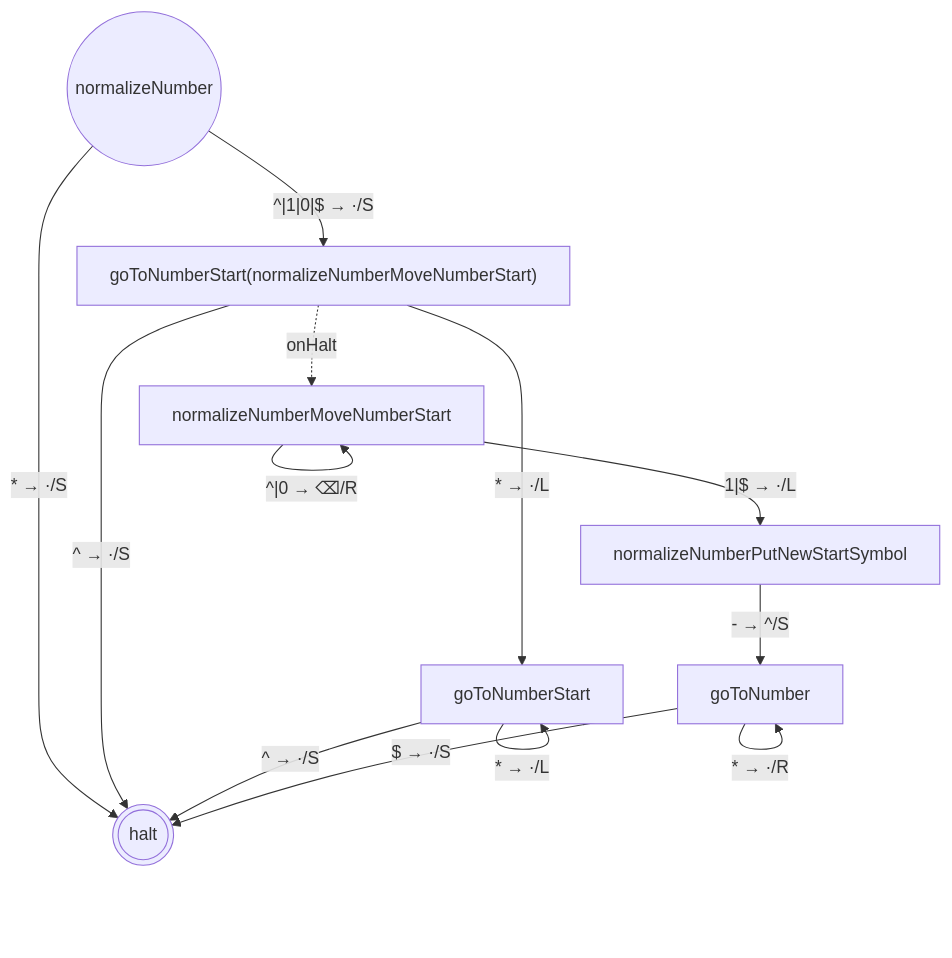
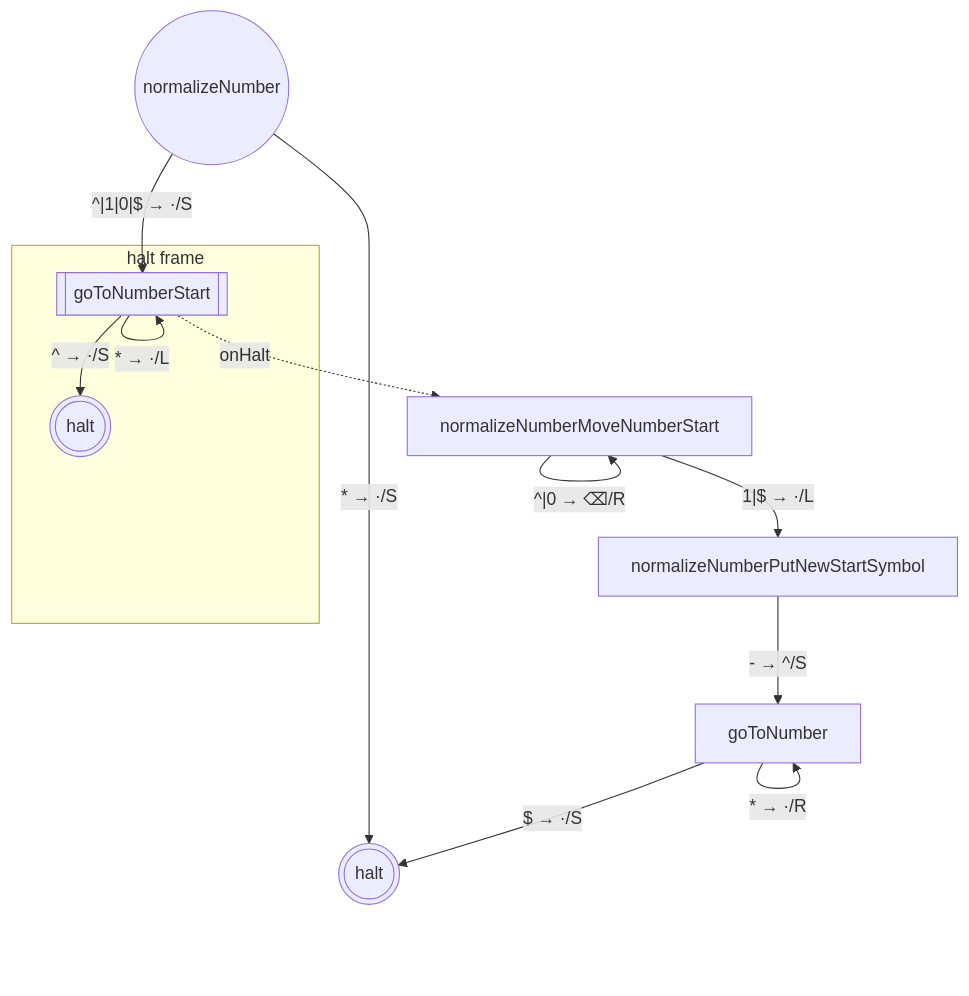
The seventh of 10 diagrams in packages/library-binary-numbers/states.md (mellonis/turing-machine-js), drawn with Mermaid before and after one commit. The commit also changed other lines of this file and 10 other files, not shown here.

First line of the commit message:
feat!: cleaner `toMermaid` emit for wrapped states (closes #138, closes #139)

````diff
--- a/packages/library-binary-numbers/states.md
+++ b/packages/library-binary-numbers/states.md
@@ -111,23 +111,23 @@
 ```mermaid
 flowchart TD
 %% alphabets: [[" ","^","$","0","1"]]
   s0(((halt)))
   s1["goToNumber"]
-  s5["goToNumberStart"]
   s12["normalizeNumberPutNewStartSymbol"]
   s13["normalizeNumberMoveNumberStart"]
-  s14["goToNumberStart(normalizeNumberMoveNumberStart)"]
   s15(("normalizeNumber"))
+  subgraph w_14["halt frame"]
+    s14[["goToNumberStart"]]
+    c14(((halt)))
+  end
   s1 -- "$ → ·/S" --> s0
   s1 -- "* → ·/R" --> s1
-  s5 -- "^ → ·/S" --> s0
-  s5 -- "* → ·/L" --> s5
   s12 -- "- → ^/S" --> s1
   s13 -- "^|0 → ⌫/R" --> s13
   s13 -- "1|$ → ·/L" --> s12
-  s14 -- "^ → ·/S" --> s0
-  s14 -- "* → ·/L" --> s5
+  s14 -- "^ → ·/S" --> c14
+  s14 -- "* → ·/L" --> s14
   s14 -. onHalt .-> s13
   s15 -- "^|1|0|$ → ·/S" --> s14
   s15 -- "* → ·/S" --> s0
 ```
````
